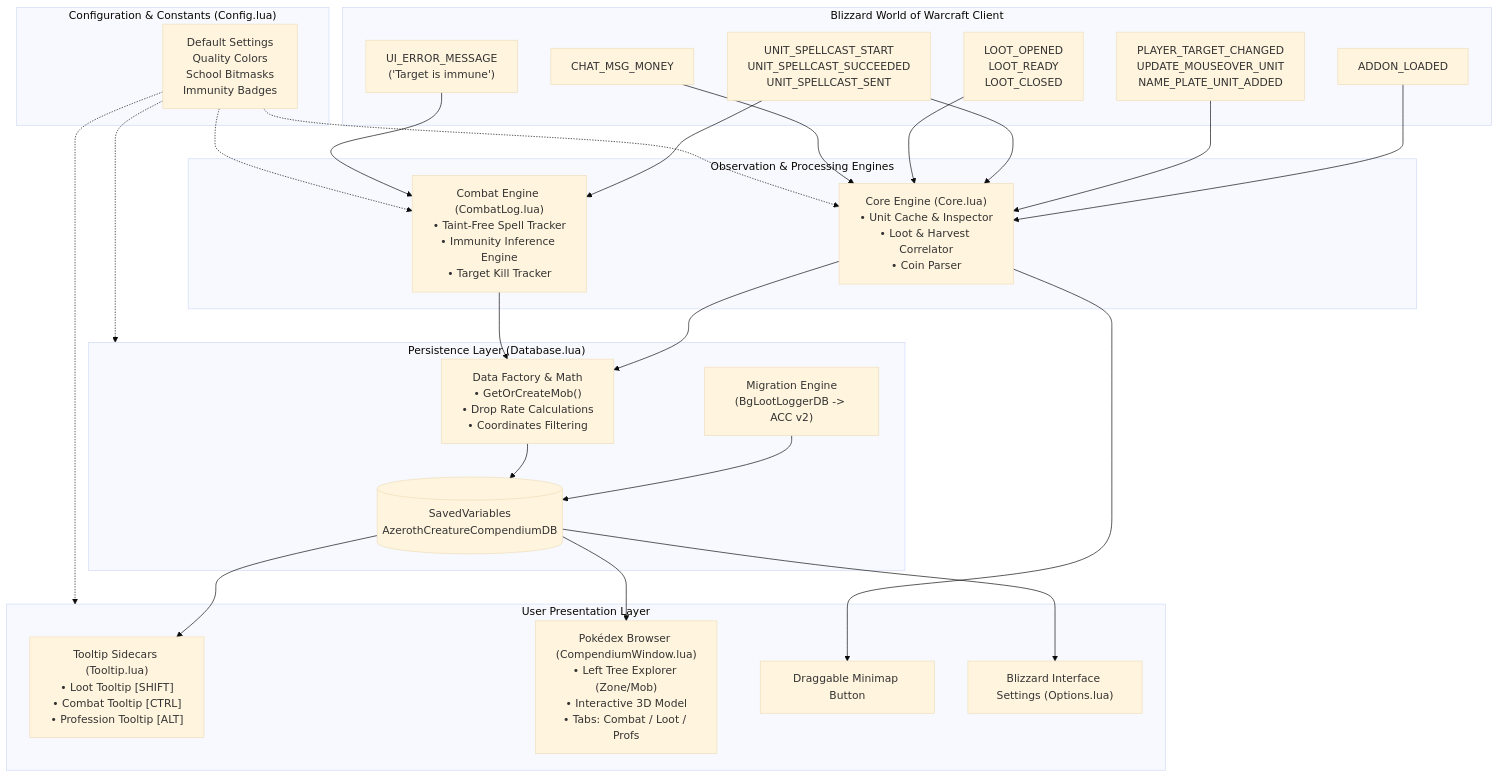
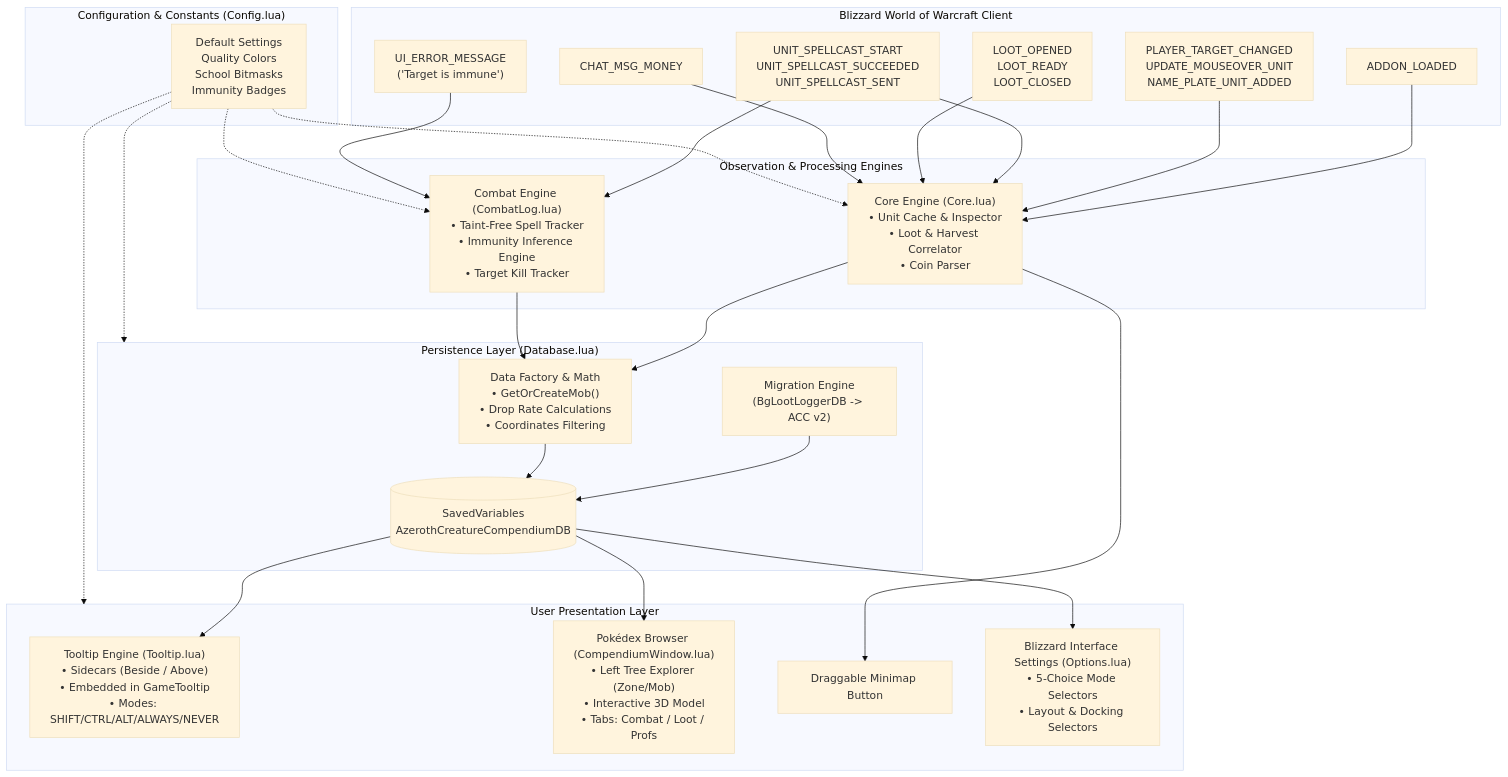
The first of 5 diagrams in docs/ARCHITECTURE.md (bguerre20/AzerothCreatureCompendium), drawn with Mermaid (base theme) before and after one commit. The commit also changed other lines of this file and 5 other files, not shown here.

Commit message:
feat: add tooltip activation modes (ALWAYS/NEVER), layout selection, and vertical docking (Closes #22)

````diff
--- a/docs/ARCHITECTURE.md
+++ b/docs/ARCHITECTURE.md
@@ -41,59 +41,59 @@
 ```mermaid
 graph TD
     subgraph WoW_Client["Blizzard World of Warcraft Client"]
         E_Life["ADDON_LOADED"]
         E_Unit["PLAYER_TARGET_CHANGED<br/>UPDATE_MOUSEOVER_UNIT<br/>NAME_PLATE_UNIT_ADDED"]
         E_Cast["UNIT_SPELLCAST_START<br/>UNIT_SPELLCAST_SUCCEEDED<br/>UNIT_SPELLCAST_SENT"]
         E_Err["UI_ERROR_MESSAGE<br/>('Target is immune')"]
         E_Loot["LOOT_OPENED<br/>LOOT_READY<br/>LOOT_CLOSED"]
         E_Chat["CHAT_MSG_MONEY"]
     end
 
     subgraph Config_Layer["Configuration & Constants (Config.lua)"]
         CONF["Default Settings<br/>Quality Colors<br/>School Bitmasks<br/>Immunity Badges"]
     end
 
     subgraph Engine_Layer["Observation & Processing Engines"]
         CORE["Core Engine (Core.lua)<br/>• Unit Cache & Inspector<br/>• Loot & Harvest Correlator<br/>• Coin Parser"]
         COMBAT["Combat Engine (CombatLog.lua)<br/>• Taint-Free Spell Tracker<br/>• Immunity Inference Engine<br/>• Target Kill Tracker"]
     end
 
     subgraph Storage_Layer["Persistence Layer (Database.lua)"]
         DB[("SavedVariables<br/>AzerothCreatureCompendiumDB")]
         MIG["Migration Engine<br/>(BgLootLoggerDB -> ACC v2)"]
         FACTORY["Data Factory & Math<br/>• GetOrCreateMob()<br/>• Drop Rate Calculations<br/>• Coordinates Filtering"]
     end
 
     subgraph Presentation_Layer["User Presentation Layer"]
-        TOOLTIPS["Tooltip Sidecars (Tooltip.lua)<br/>• Loot Tooltip [SHIFT]<br/>• Combat Tooltip [CTRL]<br/>• Profession Tooltip [ALT]"]
+        TOOLTIPS["Tooltip Engine (Tooltip.lua)<br/>• Sidecars (Beside / Above)<br/>• Embedded in GameTooltip<br/>• Modes: SHIFT/CTRL/ALT/ALWAYS/NEVER"]
         WINDOW["Pokédex Browser (CompendiumWindow.lua)<br/>• Left Tree Explorer (Zone/Mob)<br/>• Interactive 3D Model<br/>• Tabs: Combat / Loot / Profs"]
         MINIMAP["Draggable Minimap Button"]
-        SETTINGS["Blizzard Interface Settings (Options.lua)"]
+        SETTINGS["Blizzard Interface Settings (Options.lua)<br/>• 5-Choice Mode Selectors<br/>• Layout & Docking Selectors"]
     end
 
     %% Event Connections
     E_Life --> CORE
     E_Unit --> CORE
     E_Cast --> CORE
     E_Cast --> COMBAT
     E_Err --> COMBAT
     E_Loot --> CORE
     E_Chat --> CORE
 
     CONF -.-> CORE
     CONF -.-> COMBAT
     CONF -.-> Storage_Layer
     CONF -.-> Presentation_Layer
 
     %% Processing Connections
     CORE --> FACTORY
     COMBAT --> FACTORY
     MIG --> DB
     FACTORY --> DB
 
     %% Query Connections
     DB --> TOOLTIPS
     DB --> WINDOW
     DB --> SETTINGS
     CORE --> MINIMAP
 ```
````
